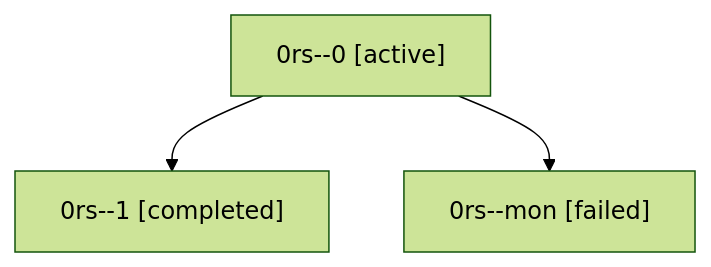
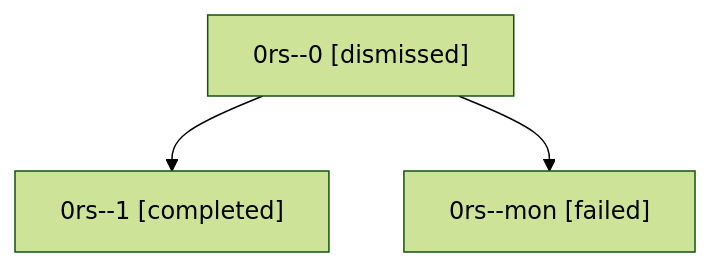
One commit to sase-org/sase--agents changed the diagram in sessions/bbugyi200.athena.0rs.md. Above: the diagram before and after it, drawn with Mermaid (forest theme). The commit also changed other lines of this file and 43 other files, not shown here.

````diff
--- a/sessions/bbugyi200.athena.0rs.md
+++ b/sessions/bbugyi200.athena.0rs.md
@@ -9,8 +9,8 @@
 ```mermaid
 flowchart TD
-  n0["0rs--0 [active]"]
+  n0["0rs--0 [dismissed]"]
   n1["0rs--1 [completed]"]
   n0 --> n1
   n2["0rs--mon [failed]"]
   n0 --> n2
 ```
````
